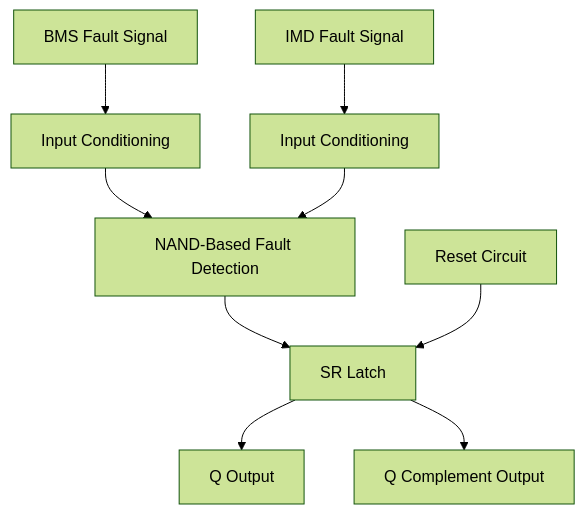
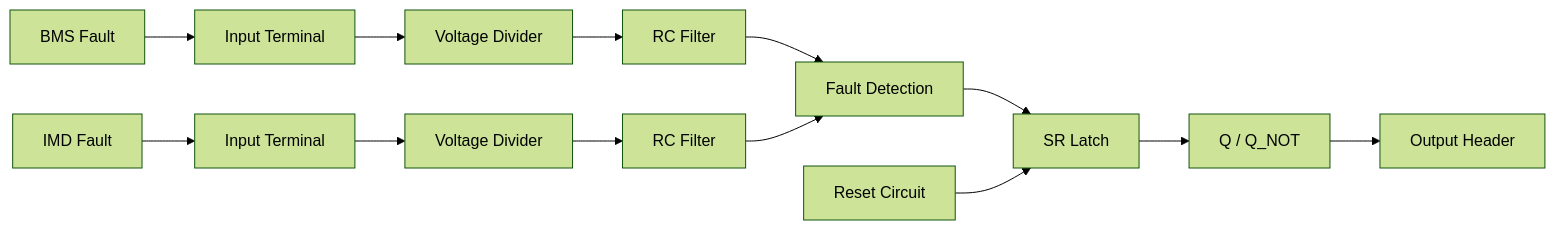
One commit to navsidhu07/TSSI-Safety-PCB changed the second of 2 diagrams in README.md. Above: the diagram before and after it, drawn with Mermaid (forest theme). The commit also changed other lines of this file, not shown here.

Commit message:
Revise system architecture and clean up README
Updated system architecture diagrams and removed 3D PCB render section.

````diff
--- a/README.md
+++ b/README.md
@@ -44,11 +51,18 @@
 ```mermaid
-flowchart TD
-    A[BMS Fault Signal] --> C[Input Conditioning]
-    B[IMD Fault Signal] --> D[Input Conditioning]
-    C --> E[NAND-Based Fault Detection]
-    D --> E
-    E --> F[SR Latch]
-    G[Reset Circuit] --> F
-    F --> H[Q Output]
-    F --> I[Q Complement Output]
+flowchart LR
+    A[BMS Fault] --> B[Input Terminal]
+    B --> C[Voltage Divider]
+    C --> D[RC Filter]
+
+    E[IMD Fault] --> F[Input Terminal]
+    F --> G[Voltage Divider]
+    G --> H[RC Filter]
+
+    D --> I[Fault Detection]
+    H --> I
+
+    I --> J[SR Latch]
+    K[Reset Circuit] --> J
+    J --> L[Q / Q_NOT]
+    L --> M[Output Header]
 ```
````
